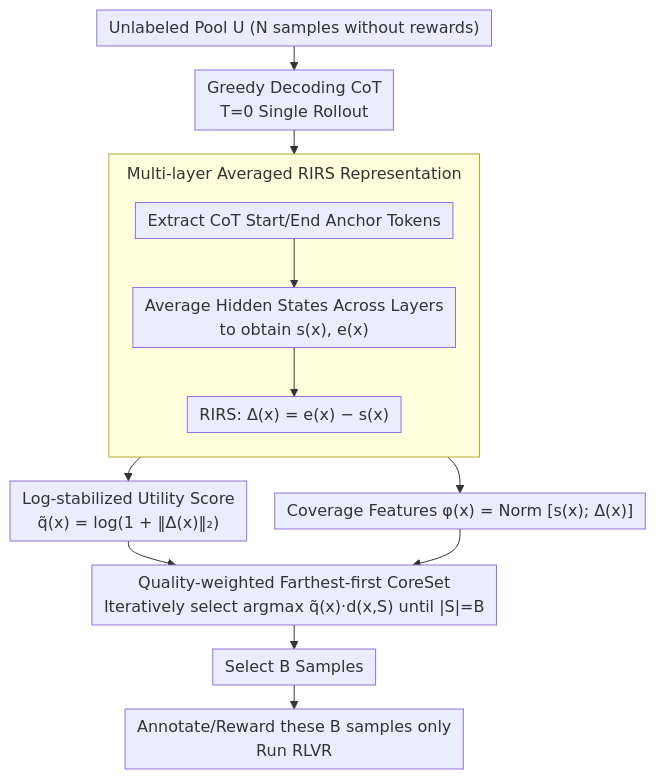
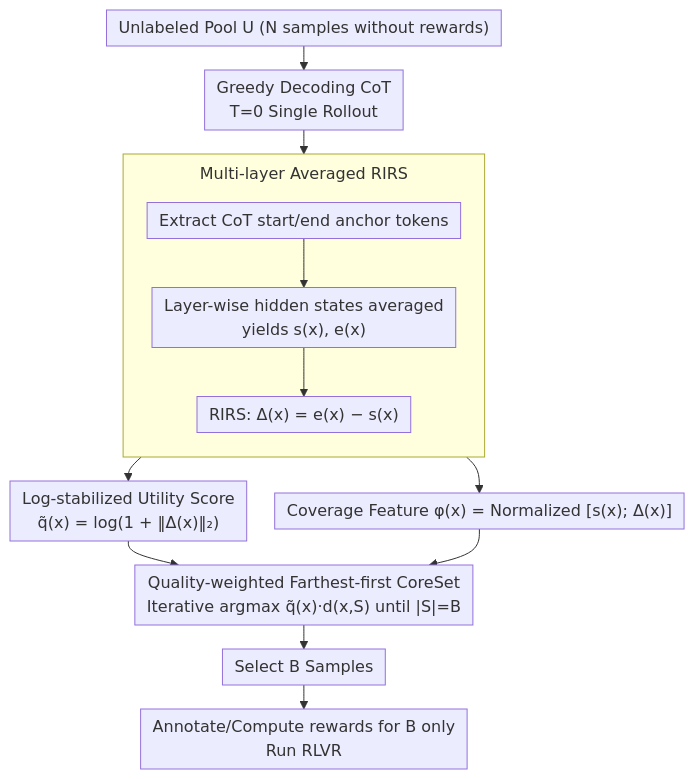
Before and after one commit to zhaoyang97/Paper-Notes-en: the diagram in docs/ICML2026/reinforcement_learning/single-rollout_hidden-state_dynamics_for_training-free_rlvr_data_selection.md, drawn with Mermaid. The commit also changed other lines of this file and 5084 other files, not shown here.

````diff
--- a/docs/ICML2026/reinforcement_learning/single-rollout_hidden-state_dynamics_for_training-free_rlvr_data_selection.md
+++ b/docs/ICML2026/reinforcement_learning/single-rollout_hidden-state_dynamics_for_training-free_rlvr_data_selection.md
@@ -44,17 +44,17 @@
 ```mermaid
 %%{init: {'flowchart': {'rankSpacing': 24, 'nodeSpacing': 28, 'padding': 6, 'wrappingWidth': 400, 'subGraphTitleMargin': {'top': 8, 'bottom': 16}}}}%%
 flowchart TD
     A["Unlabeled Pool U (N samples without rewards)"] --> B["Greedy Decoding CoT<br/>T=0 Single Rollout"]
-    subgraph RIRS["Multi-layer Averaged RIRS Representation"]
+    subgraph RIRS["Multi-layer Averaged RIRS"]
         direction TB
-        C["Extract CoT Start/End Anchor Tokens"] --> D["Average Hidden States Across Layers<br/>to obtain s(x), e(x)"]
+        C["Extract CoT start/end anchor tokens"] --> D["Layer-wise hidden states averaged<br/>yields s(x), e(x)"]
         D --> E["RIRS: Δ(x) = e(x) − s(x)"]
     end
     B --> C
     E --> F["Log-stabilized Utility Score<br/>q̃(x) = log(1 + ‖Δ(x)‖₂)"]
-    E --> G["Coverage Features φ(x) = Norm [s(x); Δ(x)]"]
-    F --> H["Quality-weighted Farthest-first CoreSet<br/>Iteratively select argmax q̃(x)·d(x,S) until |S|=B"]
+    E --> G["Coverage Feature φ(x) = Normalized [s(x); Δ(x)]"]
+    F --> H["Quality-weighted Farthest-first CoreSet<br/>Iterative argmax q̃(x)·d(x,S) until |S|=B"]
     G --> H
     H --> I["Select B Samples"]
-    I --> J["Annotate/Reward these B samples only<br/>Run RLVR"]
+    I --> J["Annotate/Compute rewards for B only<br/>Run RLVR"]
 ```
````
